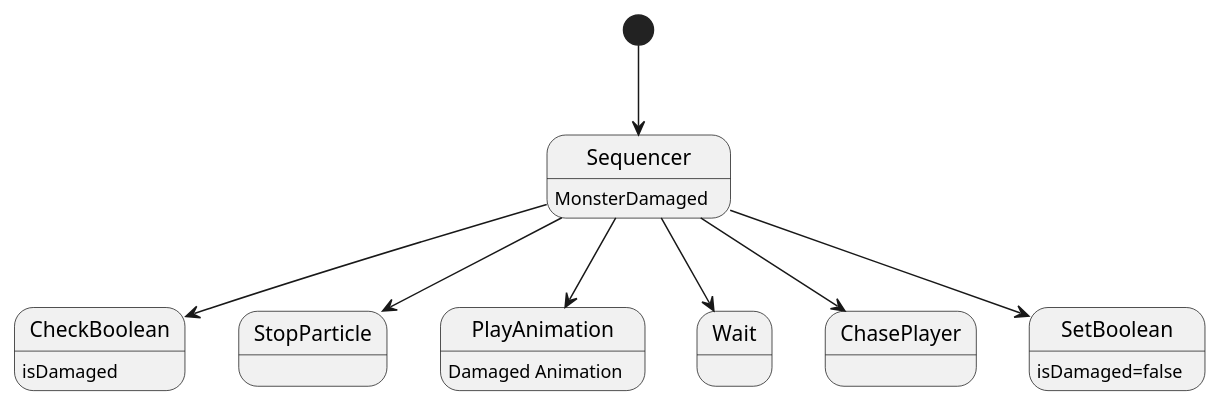
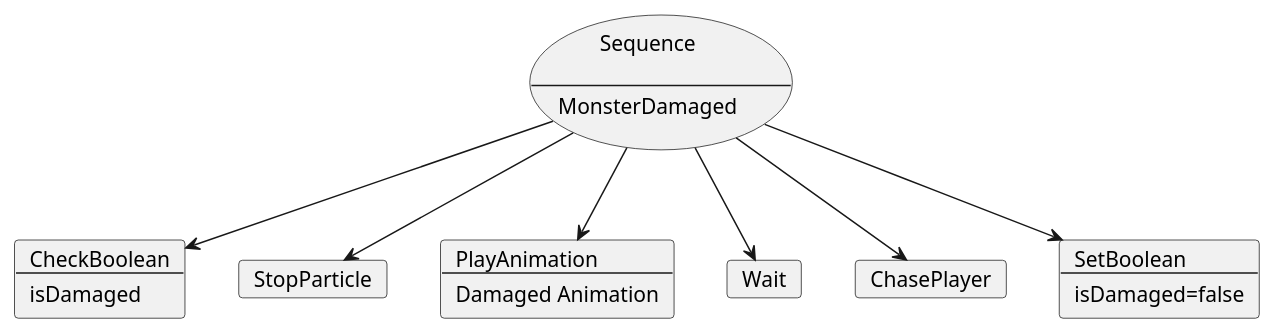
Before and after one commit to onedeo/Portfolio: the diagram in 04. Portfolio/개발문서/BehaviourTree/Damaged/Damaged.puml, drawn with PlantUML. The commit also changed 98 other files, not shown here.

```diff
--- a/04. Portfolio/개발문서/BehaviourTree/Damaged/Damaged.puml
+++ b/04. Portfolio/개발문서/BehaviourTree/Damaged/Damaged.puml
@@ -1,15 +1,35 @@
 @startuml
 
-[*]-->Sequencer
-Sequencer : MonsterDamaged
-Sequencer-->CheckBoolean
-CheckBoolean : isDamaged
-Sequencer-->StopParticle
-Sequencer-->PlayAnimation
-PlayAnimation : Damaged Animation
-Sequencer-->Wait
-Sequencer-->ChasePlayer
-Sequencer-->SetBoolean
-SetBoolean : isDamaged=false
+usecase Sequence[
+    Sequence
+    
+    ---
+    MonsterDamaged
+]
+card CheckBoolean[
+    CheckBoolean
+    ---
+    isDamaged
+]
+card StopParticle
+card PlayAnimation[
+    PlayAnimation
+    ---
+    Damaged Animation
+]
+card Wait
+card ChasePlayer
+card SetBoolean[
+    SetBoolean
+    ---
+    isDamaged=false
+]
+
+Sequence-->CheckBoolean
+Sequence-->StopParticle
+Sequence-->PlayAnimation
+Sequence-->Wait
+Sequence-->ChasePlayer
+Sequence-->SetBoolean
 
 @enduml
```
